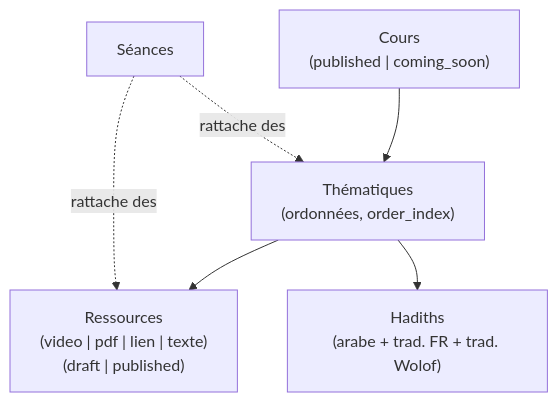
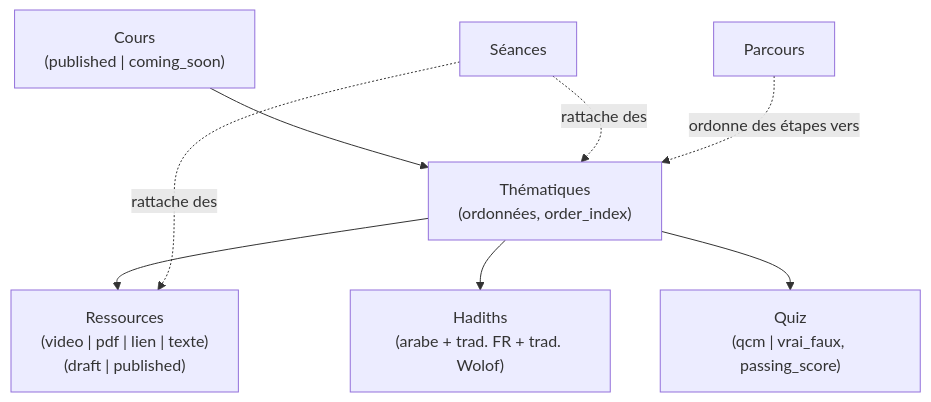
One commit to ahmadgueye/taalib changed the diagram in docs/domain.md. Above: the diagram before and after it, drawn with Mermaid. The commit also changed other lines of this file and 5 other files, not shown here.

First line of the commit message:
Update docs to cover quiz, parcours, and Quran memorization

````diff
--- a/docs/domain.md
+++ b/docs/domain.md
@@ -5,8 +5,10 @@
 ```mermaid
 flowchart TD
     Cours["Cours\n(published | coming_soon)"] --> Them["Thématiques\n(ordonnées, order_index)"]
     Them --> Res["Ressources\n(video | pdf | lien | texte)\n(draft | published)"]
     Them --> Had["Hadiths\n(arabe + trad. FR + trad. Wolof)"]
+    Them --> Qz["Quiz\n(qcm | vrai_faux, passing_score)"]
     Seance["Séances"] -.rattache des.-> Them
     Seance -.rattache des.-> Res
+    Parc["Parcours"] -.ordonne des étapes vers.-> Them
 ```
````
